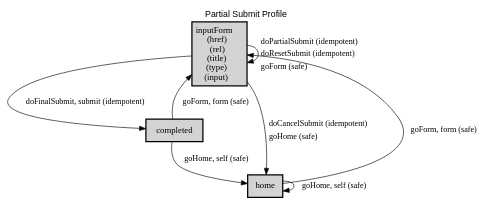
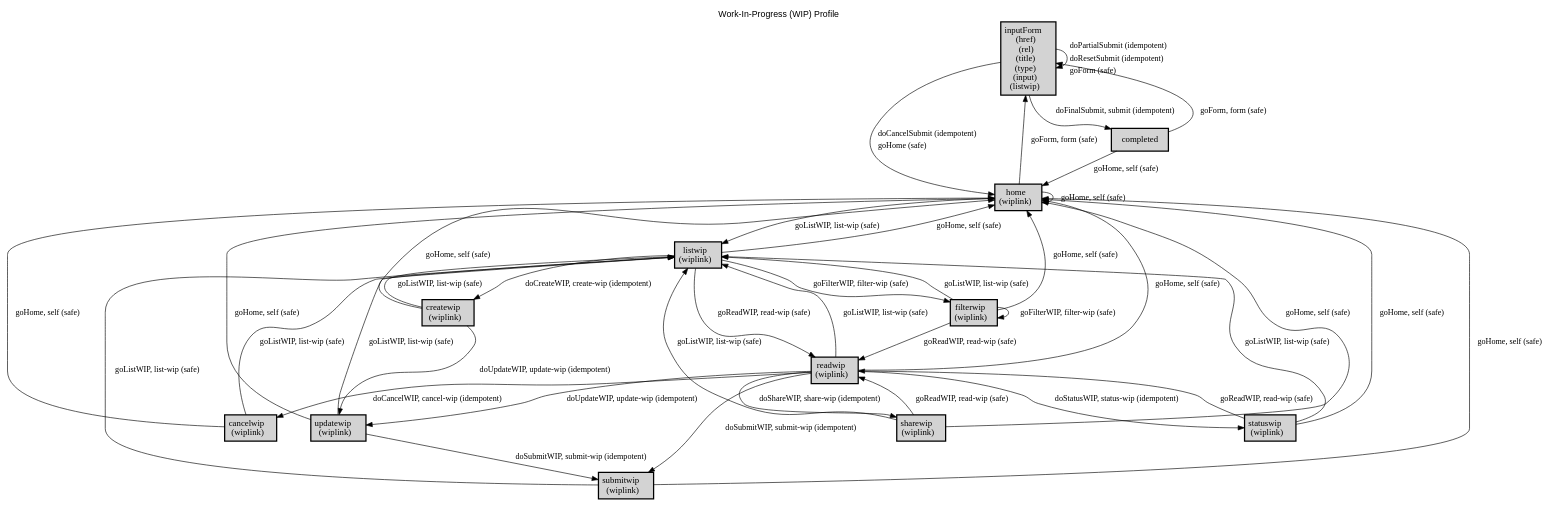
One commit to webapicookbook/alps-documents changed the diagram in docs/partial-submit/partial-submit.dot. Above: the diagram before and after it, drawn with Graphviz. The commit also changed 42 other files, not shown here.

Commit message:
update partial-submit

```diff
--- a/docs/partial-submit/partial-submit.dot
+++ b/docs/partial-submit/partial-submit.dot
@@ -1,23 +1,64 @@
 digraph application_state_diagram {
   graph [
     labelloc="t";
     fontname="Helvetica"
-    label="Partial Submit Profile";
+    label="Work-In-Progress (WIP) Profile";
     URL="index.html" target="_parent"
   ];
   node [shape = box, style = "bold,filled" fillcolor="lightgray"];
 
-    inputForm [margin=0.02, label=<<table cellspacing="0" cellpadding="5" border="0"><tr><td>inputForm<br />(href)<br />(rel)<br />(title)<br />(type)<br />(input)<br /></td></tr></table>>,shape=box URL="docs/semantic.inputForm.html" target="_parent"]
+    inputForm [margin=0.02, label=<<table cellspacing="0" cellpadding="5" border="0"><tr><td>inputForm<br />(href)<br />(rel)<br />(title)<br />(type)<br />(input)<br />(listwip)<br /></td></tr></table>>,shape=box URL="docs/semantic.inputForm.html" target="_parent"]
+    home [margin=0.02, label=<<table cellspacing="0" cellpadding="5" border="0"><tr><td>home<br />(wiplink)<br /></td></tr></table>>,shape=box URL="docs/semantic.home.html" target="_parent"]
+    listwip [margin=0.02, label=<<table cellspacing="0" cellpadding="5" border="0"><tr><td>listwip<br />(wiplink)<br /></td></tr></table>>,shape=box URL="docs/semantic.listwip.html" target="_parent"]
+    createwip [margin=0.02, label=<<table cellspacing="0" cellpadding="5" border="0"><tr><td>createwip<br />(wiplink)<br /></td></tr></table>>,shape=box URL="docs/semantic.createwip.html" target="_parent"]
+    readwip [margin=0.02, label=<<table cellspacing="0" cellpadding="5" border="0"><tr><td>readwip<br />(wiplink)<br /></td></tr></table>>,shape=box URL="docs/semantic.readwip.html" target="_parent"]
+    updatewip [margin=0.02, label=<<table cellspacing="0" cellpadding="5" border="0"><tr><td>updatewip<br />(wiplink)<br /></td></tr></table>>,shape=box URL="docs/semantic.updatewip.html" target="_parent"]
+    submitwip [margin=0.02, label=<<table cellspacing="0" cellpadding="5" border="0"><tr><td>submitwip<br />(wiplink)<br /></td></tr></table>>,shape=box URL="docs/semantic.submitwip.html" target="_parent"]
+    cancelwip [margin=0.02, label=<<table cellspacing="0" cellpadding="5" border="0"><tr><td>cancelwip<br />(wiplink)<br /></td></tr></table>>,shape=box URL="docs/semantic.cancelwip.html" target="_parent"]
+    filterwip [margin=0.02, label=<<table cellspacing="0" cellpadding="5" border="0"><tr><td>filterwip<br />(wiplink)<br /></td></tr></table>>,shape=box URL="docs/semantic.filterwip.html" target="_parent"]
+    sharewip [margin=0.02, label=<<table cellspacing="0" cellpadding="5" border="0"><tr><td>sharewip<br />(wiplink)<br /></td></tr></table>>,shape=box URL="docs/semantic.sharewip.html" target="_parent"]
+    statuswip [margin=0.02, label=<<table cellspacing="0" cellpadding="5" border="0"><tr><td>statuswip<br />(wiplink)<br /></td></tr></table>>,shape=box URL="docs/semantic.statuswip.html" target="_parent"]
 
     inputForm -> inputForm [label=<<table  border="0"><tr><td align="left" href="docs/idempotent.doPartialSubmit.html">doPartialSubmit (idempotent)</td></tr><tr><td align="left" href="docs/idempotent.doResetSubmit.html">doResetSubmit (idempotent)</td></tr><tr><td align="left" href="docs/safe.goForm.html">goForm (safe)</td></tr></table>> fontsize=13];
     inputForm -> completed [label = "doFinalSubmit, submit (idempotent)" URL="docs/idempotent.doFinalSubmit.html" target="_parent" fontsize=13];
     inputForm -> home [label=<<table  border="0"><tr><td align="left" href="docs/idempotent.doCancelSubmit.html">doCancelSubmit (idempotent)</td></tr><tr><td align="left" href="docs/safe.goHome.html">goHome (safe)</td></tr></table>> fontsize=13];
+    home -> listwip [label = "goListWIP, list-wip (safe)" URL="docs/safe.goListWIP.html" target="_parent" fontsize=13];
+    home -> home [label = "goHome, self (safe)" URL="docs/safe.goHome.html" target="_parent" fontsize=13];
+    listwip -> filterwip [label = "goFilterWIP, filter-wip (safe)" URL="docs/safe.goFilterWIP.html" target="_parent" fontsize=13];
+    listwip -> readwip [label = "goReadWIP, read-wip (safe)" URL="docs/safe.goReadWIP.html" target="_parent" fontsize=13];
+    listwip -> createwip [label = "doCreateWIP, create-wip (idempotent)" URL="docs/idempotent.doCreateWIP.html" target="_parent" fontsize=13];
+    listwip -> home [label = "goHome, self (safe)" URL="docs/safe.goHome.html" target="_parent" fontsize=13];
+    createwip -> updatewip [label = "doUpdateWIP, update-wip (idempotent)" URL="docs/idempotent.doUpdateWIP.html" target="_parent" fontsize=13];
+    createwip -> listwip [label = "goListWIP, list-wip (safe)" URL="docs/safe.goListWIP.html" target="_parent" fontsize=13];
+    createwip -> home [label = "goHome, self (safe)" URL="docs/safe.goHome.html" target="_parent" fontsize=13];
+    readwip -> sharewip [label = "doShareWIP, share-wip (idempotent)" URL="docs/idempotent.doShareWIP.html" target="_parent" fontsize=13];
+    readwip -> updatewip [label = "doUpdateWIP, update-wip (idempotent)" URL="docs/idempotent.doUpdateWIP.html" target="_parent" fontsize=13];
+    readwip -> submitwip [label = "doSubmitWIP, submit-wip (idempotent)" URL="docs/idempotent.doSubmitWIP.html" target="_parent" fontsize=13];
+    readwip -> cancelwip [label = "doCancelWIP, cancel-wip (idempotent)" URL="docs/idempotent.doCancelWIP.html" target="_parent" fontsize=13];
+    readwip -> statuswip [label = "doStatusWIP, status-wip (idempotent)" URL="docs/idempotent.doStatusWIP.html" target="_parent" fontsize=13];
+    readwip -> listwip [label = "goListWIP, list-wip (safe)" URL="docs/safe.goListWIP.html" target="_parent" fontsize=13];
+    readwip -> home [label = "goHome, self (safe)" URL="docs/safe.goHome.html" target="_parent" fontsize=13];
+    updatewip -> submitwip [label = "doSubmitWIP, submit-wip (idempotent)" URL="docs/idempotent.doSubmitWIP.html" target="_parent" fontsize=13];
+    updatewip -> listwip [label = "goListWIP, list-wip (safe)" URL="docs/safe.goListWIP.html" target="_parent" fontsize=13];
+    updatewip -> home [label = "goHome, self (safe)" URL="docs/safe.goHome.html" target="_parent" fontsize=13];
+    submitwip -> listwip [label = "goListWIP, list-wip (safe)" URL="docs/safe.goListWIP.html" target="_parent" fontsize=13];
+    submitwip -> home [label = "goHome, self (safe)" URL="docs/safe.goHome.html" target="_parent" fontsize=13];
+    cancelwip -> listwip [label = "goListWIP, list-wip (safe)" URL="docs/safe.goListWIP.html" target="_parent" fontsize=13];
+    cancelwip -> home [label = "goHome, self (safe)" URL="docs/safe.goHome.html" target="_parent" fontsize=13];
+    filterwip -> home [label = "goHome, self (safe)" URL="docs/safe.goHome.html" target="_parent" fontsize=13];
+    filterwip -> listwip [label = "goListWIP, list-wip (safe)" URL="docs/safe.goListWIP.html" target="_parent" fontsize=13];
+    filterwip -> filterwip [label = "goFilterWIP, filter-wip (safe)" URL="docs/safe.goFilterWIP.html" target="_parent" fontsize=13];
+    filterwip -> readwip [label = "goReadWIP, read-wip (safe)" URL="docs/safe.goReadWIP.html" target="_parent" fontsize=13];
+    sharewip -> readwip [label = "goReadWIP, read-wip (safe)" URL="docs/safe.goReadWIP.html" target="_parent" fontsize=13];
+    sharewip -> listwip [label = "goListWIP, list-wip (safe)" URL="docs/safe.goListWIP.html" target="_parent" fontsize=13];
+    sharewip -> home [label = "goHome, self (safe)" URL="docs/safe.goHome.html" target="_parent" fontsize=13];
+    statuswip -> readwip [label = "goReadWIP, read-wip (safe)" URL="docs/safe.goReadWIP.html" target="_parent" fontsize=13];
+    statuswip -> listwip [label = "goListWIP, list-wip (safe)" URL="docs/safe.goListWIP.html" target="_parent" fontsize=13];
+    statuswip -> home [label = "goHome, self (safe)" URL="docs/safe.goHome.html" target="_parent" fontsize=13];
     home -> inputForm [label = "goForm, form (safe)" URL="docs/safe.goForm.html" target="_parent" fontsize=13];
-    home -> home [label = "goHome, self (safe)" URL="docs/safe.goHome.html" target="_parent" fontsize=13];
     completed -> inputForm [label = "goForm, form (safe)" URL="docs/safe.goForm.html" target="_parent" fontsize=13];
     completed -> home [label = "goHome, self (safe)" URL="docs/safe.goHome.html" target="_parent" fontsize=13];
 
     completed [URL="docs/semantic.completed.html" target="_parent"]
-    home [URL="docs/semantic.home.html" target="_parent"]
 
 }
```
